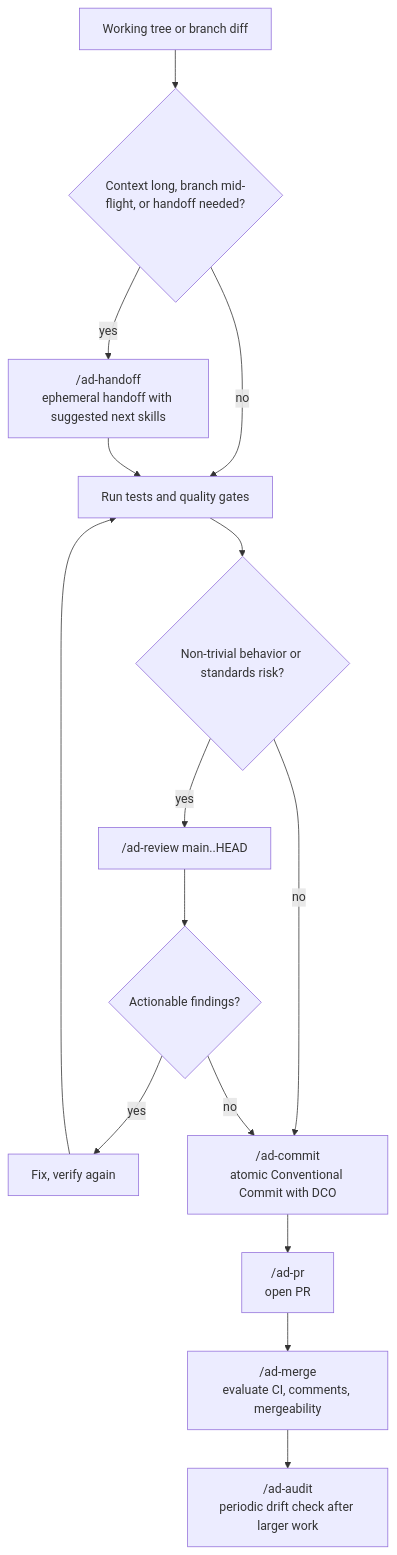
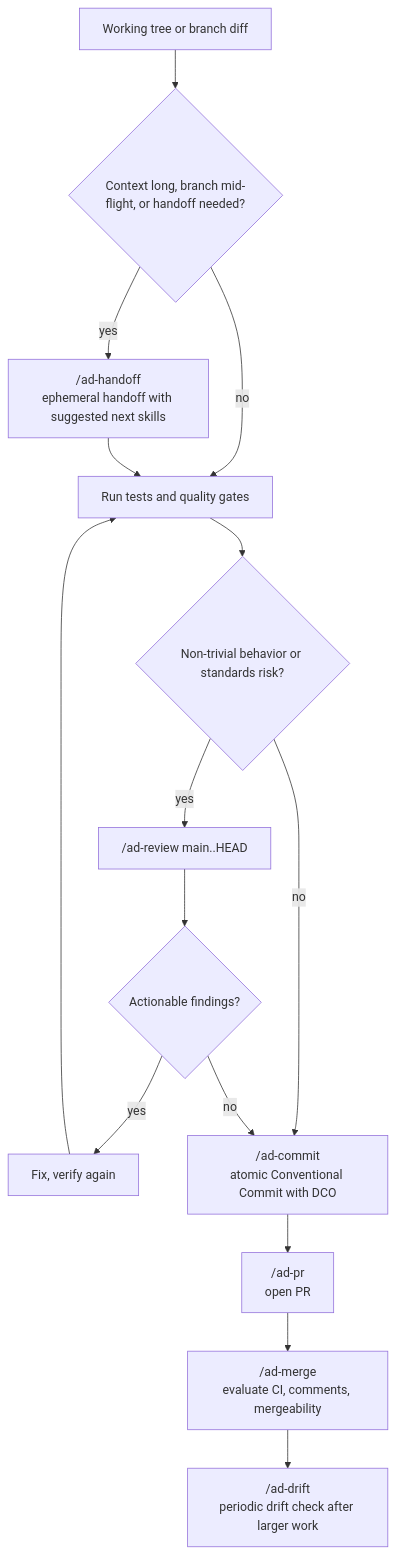
Before and after one commit to alexandremendoncaalvaro/agentic-development: the ninth of 10 diagrams in WORKFLOW-FLOWS.md, drawn with Mermaid. The commit also changed other lines of this file and 69 other files, not shown here.

First line of the commit message:
refactor!: rename doc-drift skill ad-audit to ad-drift

````diff
--- a/WORKFLOW-FLOWS.md
+++ b/WORKFLOW-FLOWS.md
@@ -333,30 +333,30 @@
 ```mermaid
 flowchart TD
     Diff["Working tree or branch diff"]
     LongSession{"Context long, branch mid-flight, or handoff needed?"}
     Handoff["/ad-handoff<br>ephemeral handoff with suggested next skills"]
     Verify["Run tests and quality gates"]
     ReviewNeeded{"Non-trivial behavior or standards risk?"}
     Review["/ad-review main..HEAD"]
     Findings{"Actionable findings?"}
     Fix["Fix, verify again"]
     Commit["/ad-commit<br>atomic Conventional Commit with DCO"]
     Pr["/ad-pr<br>open PR"]
     Merge["/ad-merge<br>evaluate CI, comments, mergeability"]
-    Audit["/ad-audit<br>periodic drift check after larger work"]
+    Audit["/ad-drift<br>periodic drift check after larger work"]
 
     Diff --> LongSession
     LongSession -->|yes| Handoff
     LongSession -->|no| Verify
     Handoff --> Verify
     Verify --> ReviewNeeded
     ReviewNeeded -->|yes| Review
     ReviewNeeded -->|no| Commit
     Review --> Findings
     Findings -->|yes| Fix
     Fix --> Verify
     Findings -->|no| Commit
     Commit --> Pr
     Pr --> Merge
     Merge --> Audit
 ```
````
